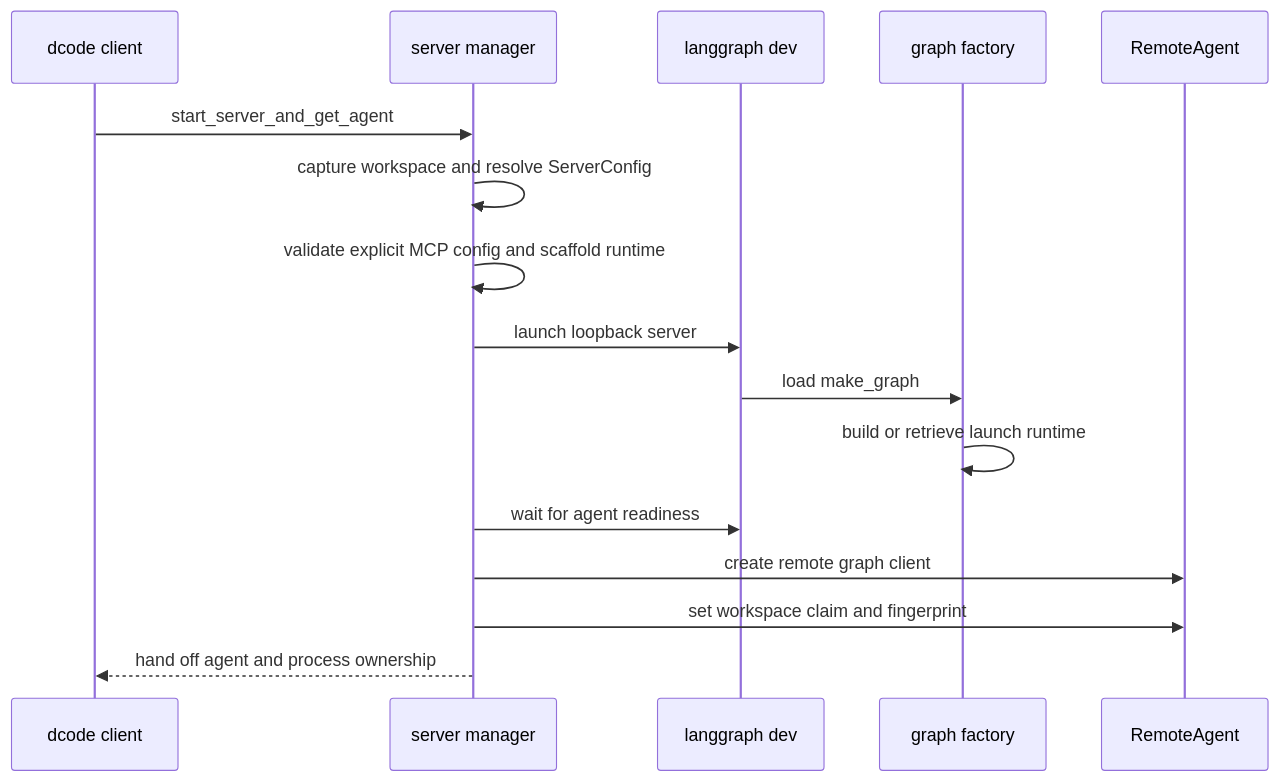
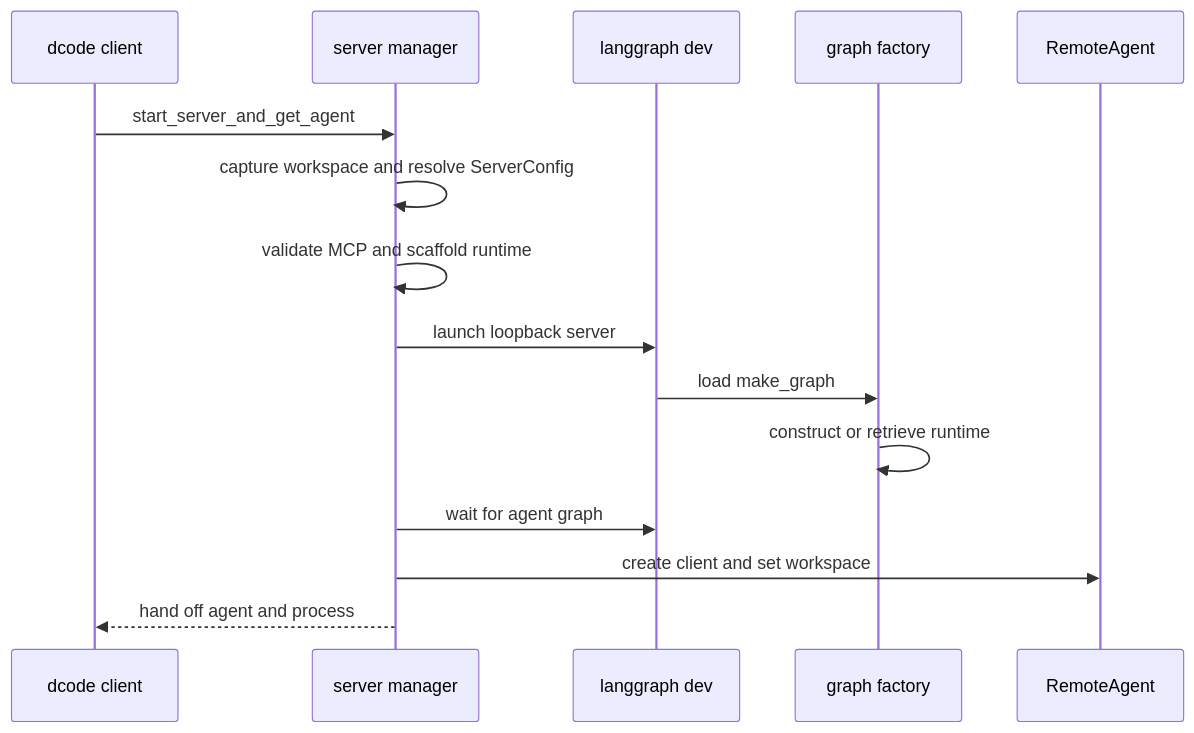
The first of 3 diagrams in openwiki/architecture/runtime-behavior.md (langchain-ai/deepagents), drawn with Mermaid before and after one commit. The commit also changed other lines of this file and 62 other files, not shown here.

````diff
--- a/openwiki/architecture/runtime-behavior.md
+++ b/openwiki/architecture/runtime-behavior.md
@@ -45,18 +49,17 @@
 ```mermaid
 sequenceDiagram
     participant Client as dcode client
     participant Manager as server manager
     participant Child as langgraph dev
     participant Factory as graph factory
     participant Remote as RemoteAgent
     Client->>Manager: start_server_and_get_agent
     Manager->>Manager: capture workspace and resolve ServerConfig
-    Manager->>Manager: validate explicit MCP config and scaffold runtime
+    Manager->>Manager: validate MCP and scaffold runtime
     Manager->>Child: launch loopback server
     Child->>Factory: load make_graph
-    Factory->>Factory: build or retrieve launch runtime
-    Manager->>Child: wait for agent readiness
-    Manager->>Remote: create remote graph client
-    Manager->>Remote: set workspace claim and fingerprint
-    Manager-->>Client: hand off agent and process ownership
+    Factory->>Factory: construct or retrieve runtime
+    Manager->>Child: wait for agent graph
+    Manager->>Remote: create client and set workspace
+    Manager-->>Client: hand off agent and process
 ```
````
